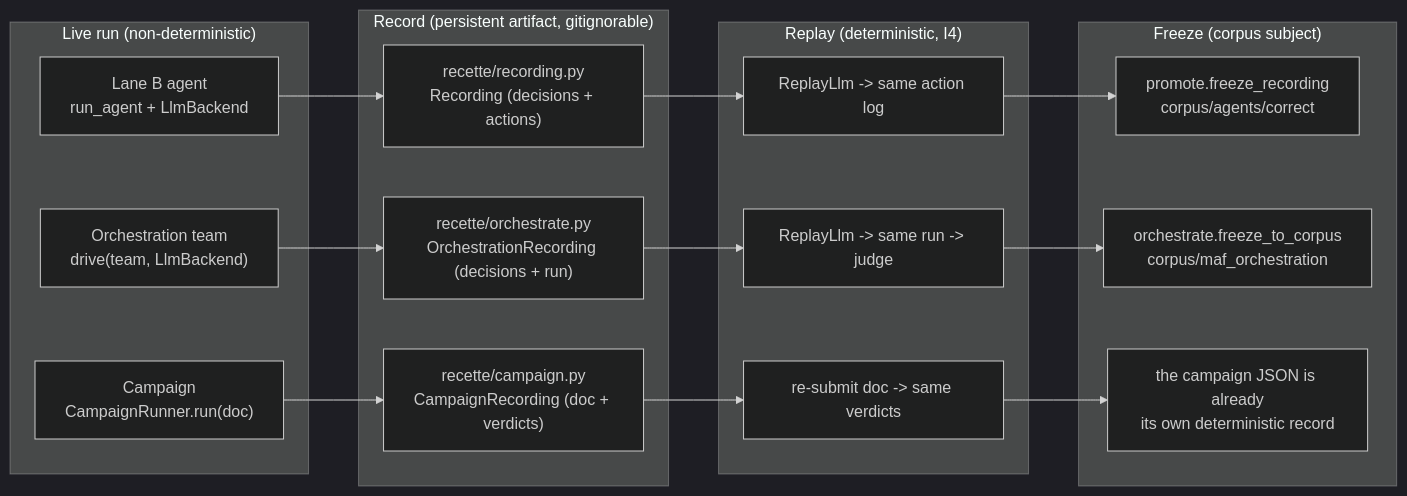
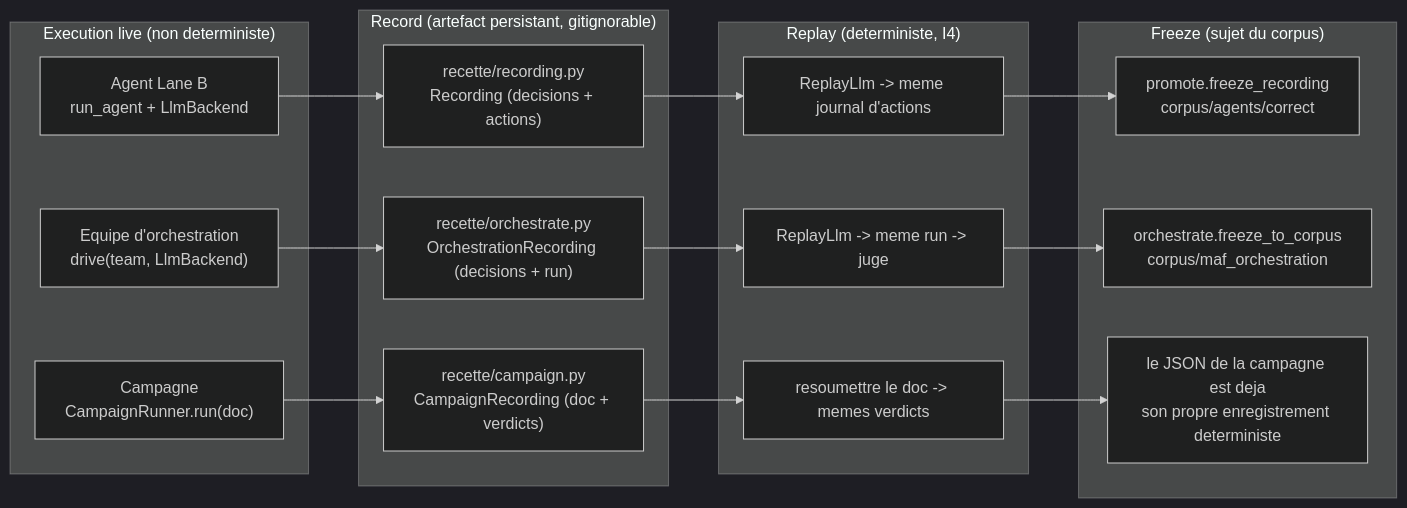
One commit to mo0ogly/recette_IA_agents changed the first of 8 diagrams in docs/runbooks/replay-model.md. Above: the diagram before and after it, drawn with Mermaid (dark theme). The commit also changed other lines of this file and 25 other files, not shown here.

````diff
--- a/docs/runbooks/replay-model.md
+++ b/docs/runbooks/replay-model.md
@@ -11,26 +12,26 @@
 ```mermaid
 flowchart LR
-  subgraph LIVE["Live run (non-deterministic)"]
-    L1["Lane B agent\nrun_agent + LlmBackend"]
-    L2["Orchestration team\ndrive(team, LlmBackend)"]
-    L3["Campaign\nCampaignRunner.run(doc)"]
+  subgraph LIVE["Execution live (non deterministe)"]
+    L1["Agent Lane B\nrun_agent + LlmBackend"]
+    L2["Equipe d'orchestration\ndrive(team, LlmBackend)"]
+    L3["Campagne\nCampaignRunner.run(doc)"]
   end
-  subgraph REC["Record (persistent artifact, gitignorable)"]
+  subgraph REC["Record (artefact persistant, gitignorable)"]
     R1["recette/recording.py\nRecording (decisions + actions)"]
     R2["recette/orchestrate.py\nOrchestrationRecording (decisions + run)"]
     R3["recette/campaign.py\nCampaignRecording (doc + verdicts)"]
   end
-  subgraph REPLAY["Replay (deterministic, I4)"]
-    P1["ReplayLlm -> same action log"]
-    P2["ReplayLlm -> same run -> judge"]
-    P3["re-submit doc -> same verdicts"]
+  subgraph REPLAY["Replay (deterministe, I4)"]
+    P1["ReplayLlm -> meme journal d'actions"]
+    P2["ReplayLlm -> meme run -> juge"]
+    P3["resoumettre le doc -> memes verdicts"]
   end
-  subgraph FREEZE["Freeze (corpus subject)"]
+  subgraph FREEZE["Freeze (sujet du corpus)"]
     F1["promote.freeze_recording\ncorpus/agents/correct"]
     F2["orchestrate.freeze_to_corpus\ncorpus/maf_orchestration"]
-    F3["the campaign JSON is already\nits own deterministic record"]
+    F3["le JSON de la campagne est deja\nson propre enregistrement deterministe"]
   end
   L1 --> R1 --> P1 --> F1
   L2 --> R2 --> P2 --> F2
   L3 --> R3 --> P3 --> F3
 ```
````
